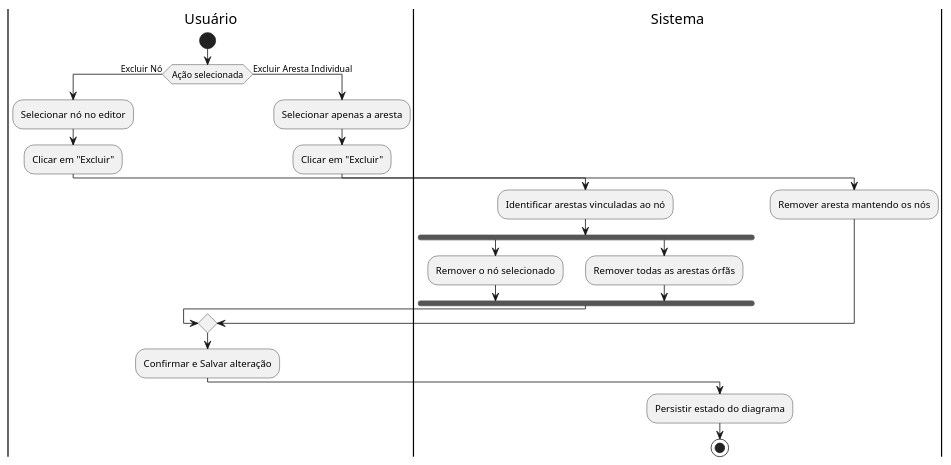
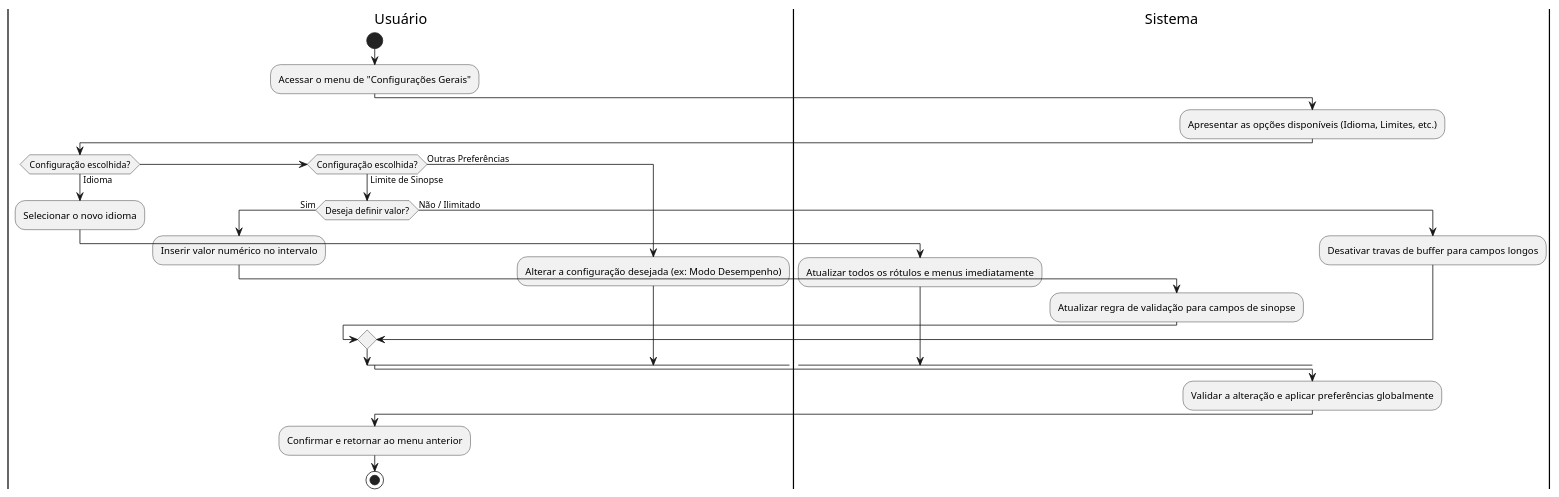
The diagram in docs/casosUso/uml/diagramas_atividade/diagrama_atividade_UC11.puml (aspiringluke/Projeto-Integrado-Mobile), drawn with PlantUML before and after one commit. The commit also changed 19 other files, not shown here.

Commit message:
docs: Diagramas de atividade ajustados aos casos de uso atuais

```diff
--- a/docs/casosUso/uml/diagramas_atividade/diagrama_atividade_UC11.puml
+++ b/docs/casosUso/uml/diagramas_atividade/diagrama_atividade_UC11.puml
@@ -1,30 +1,35 @@
 @startuml diagrama_UC11
 
 |Usuário|
 start
+:Acessar o menu de "Configurações Gerais";
+|Sistema|
+:Apresentar as opções disponíveis (Idioma, Limites, etc.);
 
-if (Ação selecionada) then (Excluir Nó)
-  :Selecionar nó no editor;
-  :Clicar em "Excluir";
-  |Sistema|
-  :Identificar arestas vinculadas ao nó;
-  fork
-    :Remover o nó selecionado;
-  fork again
-    :Remover todas as arestas órfãs;
-  end fork
-else (Excluir Aresta Individual)
-  |Usuário|
-  :Selecionar apenas a aresta;
-  :Clicar em "Excluir";
-  |Sistema|
-  :Remover aresta mantendo os nós;
+|Usuário|
+if (Configuração escolhida?) then (Idioma)
+    :Selecionar o novo idioma;
+    |Sistema|
+    :Atualizar todos os rótulos e menus imediatamente;
+elseif (Configuração escolhida?) then (Limite de Sinopse)
+    |Usuário|
+    if (Deseja definir valor?) then (Sim)
+        :Inserir valor numérico no intervalo;
+        |Sistema|
+        :Atualizar regra de validação para campos de sinopse;
+    else (Não / Ilimitado)
+        |Sistema|
+        :Desativar travas de buffer para campos longos;
+    endif
+else (Outras Preferências)
+    |Usuário|
+    :Alterar a configuração desejada (ex: Modo Desempenho);
 endif
 
+|Sistema|
+:Validar a alteração e aplicar preferências globalmente;
 |Usuário|
-:Confirmar e Salvar alteração;
-|Sistema|
-:Persistir estado do diagrama;
+:Confirmar e retornar ao menu anterior;
 stop
 
 @enduml
```
